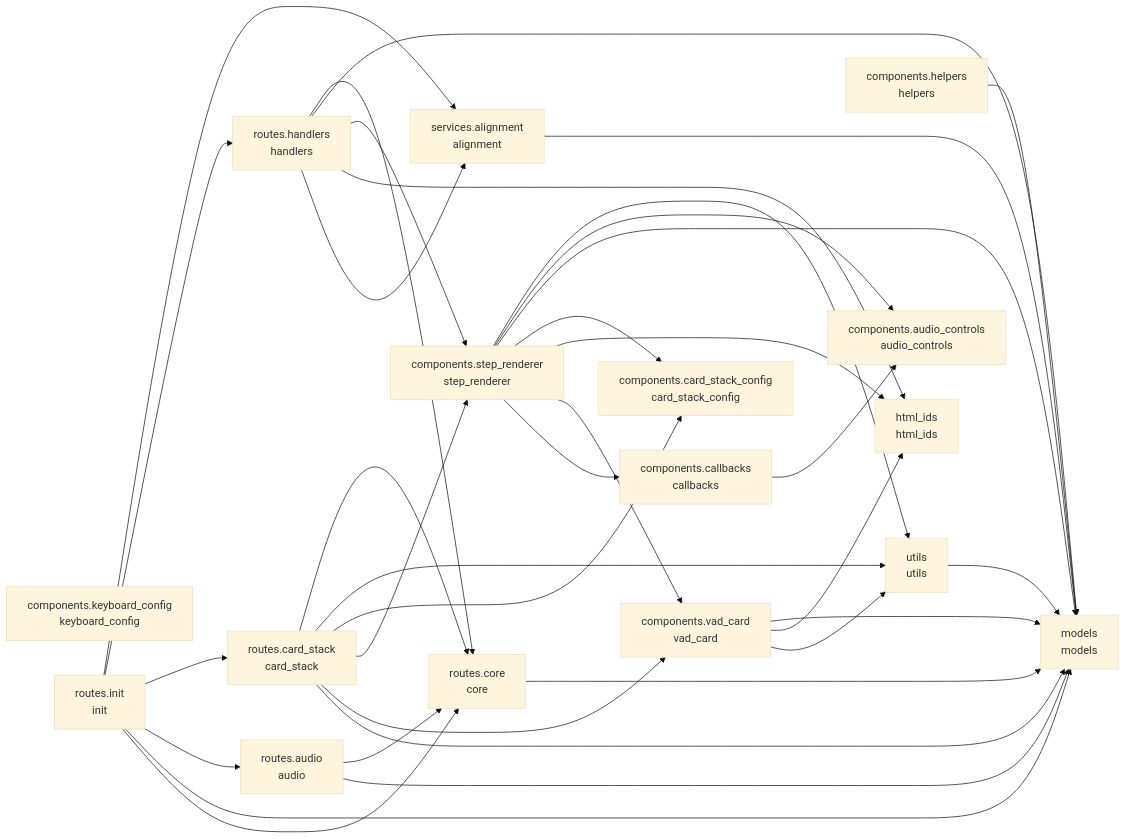
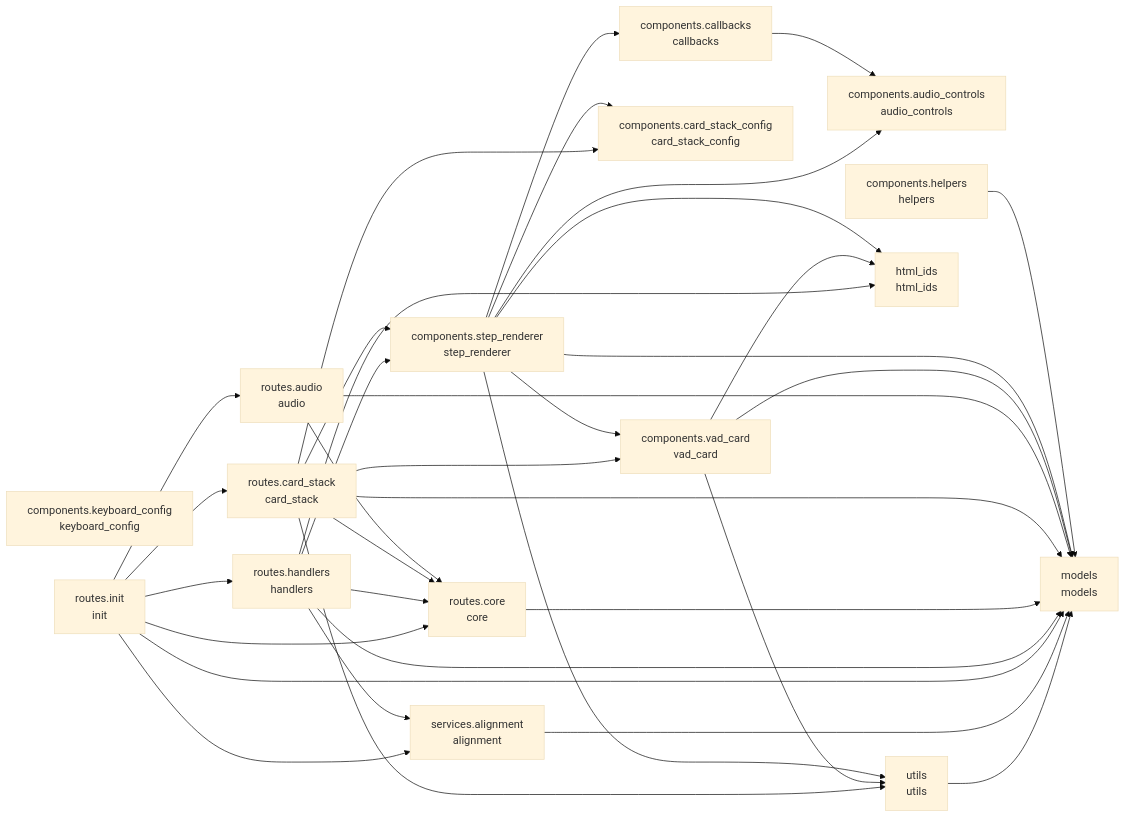
The diagram in README.md (cj-mills/cjm-transcript-vad-align), drawn with Mermaid (base theme) before and after one commit. The commit also changed other lines of this file and 20 other files, not shown here.

Commit message:
Add pitch-preserving playback speed selector to the alignment toolbar with per-session persistence via AlignmentStepState.

````diff
--- a/README.md
+++ b/README.md
@@ -39,54 +39,54 @@
 ``` mermaid
 graph LR
     components_audio_controls[components.audio_controls<br/>audio_controls]
     components_callbacks[components.callbacks<br/>callbacks]
     components_card_stack_config[components.card_stack_config<br/>card_stack_config]
     components_helpers[components.helpers<br/>helpers]
     components_keyboard_config[components.keyboard_config<br/>keyboard_config]
     components_step_renderer[components.step_renderer<br/>step_renderer]
     components_vad_card[components.vad_card<br/>vad_card]
     html_ids[html_ids<br/>html_ids]
     models[models<br/>models]
     routes_audio[routes.audio<br/>audio]
     routes_card_stack[routes.card_stack<br/>card_stack]
     routes_core[routes.core<br/>core]
     routes_handlers[routes.handlers<br/>handlers]
     routes_init[routes.init<br/>init]
     services_alignment[services.alignment<br/>alignment]
     utils[utils<br/>utils]
 
     components_callbacks --> components_audio_controls
     components_helpers --> models
+    components_step_renderer --> components_callbacks
+    components_step_renderer --> components_vad_card
+    components_step_renderer --> models
     components_step_renderer --> utils
+    components_step_renderer --> components_card_stack_config
     components_step_renderer --> components_audio_controls
-    components_step_renderer --> models
-    components_step_renderer --> components_card_stack_config
     components_step_renderer --> html_ids
-    components_step_renderer --> components_vad_card
-    components_step_renderer --> components_callbacks
+    components_vad_card --> utils
+    components_vad_card --> html_ids
     components_vad_card --> models
-    components_vad_card --> html_ids
-    components_vad_card --> utils
+    routes_audio --> models
     routes_audio --> routes_core
-    routes_audio --> models
+    routes_card_stack --> components_vad_card
     routes_card_stack --> routes_core
+    routes_card_stack --> models
     routes_card_stack --> utils
+    routes_card_stack --> components_step_renderer
     routes_card_stack --> components_card_stack_config
-    routes_card_stack --> components_step_renderer
-    routes_card_stack --> components_vad_card
-    routes_card_stack --> models
     routes_core --> models
-    routes_handlers --> routes_core
+    routes_handlers --> services_alignment
     routes_handlers --> models
     routes_handlers --> components_step_renderer
+    routes_handlers --> routes_core
     routes_handlers --> html_ids
-    routes_handlers --> services_alignment
-    routes_init --> services_alignment
     routes_init --> routes_handlers
     routes_init --> routes_card_stack
     routes_init --> routes_audio
+    routes_init --> services_alignment
     routes_init --> models
     routes_init --> routes_core
     services_alignment --> models
     utils --> models
 ```
````
